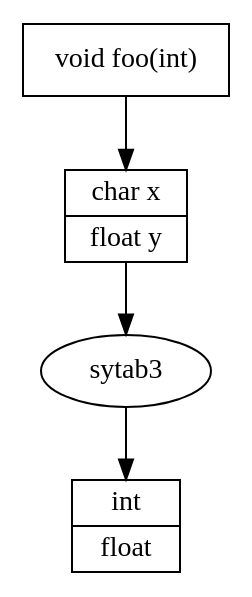
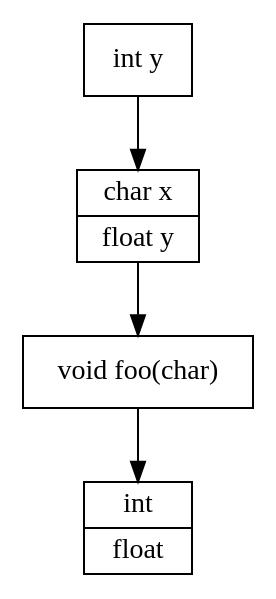
The diagram in Assignments/Assignment 5/andy_siegel/problem_1.gv (andyjsiegel/CSC-453), drawn with Graphviz before and after one commit. The commit also changed 1 other file, not shown here.

```diff
--- a/Assignments/Assignment 5/andy_siegel/problem_1.gv
+++ b/Assignments/Assignment 5/andy_siegel/problem_1.gv
@@ -1,27 +1,27 @@
 /* Compile with 'dot -Tpng graph.gv > graph.png' */
 
 digraph problem1 { 
    standard [
       shape="record"; 
       label="{int | float}";
    ];
 
-   sytab1 [
+   sytab3 [
       shape="record"; 
       label="{int y}"
    ];
 
    sytab2 [
       shape="record";
       label="{char x | float y}"
    ];
 
    sytab1 [
       shape="record"; 
-      label="{void foo(int)}"
+      label="{void foo(char)}"
    ];
 
-   sytab1 -> sytab2
-   sytab2 -> sytab3
-   sytab3 -> standard   
+   sytab3 -> sytab2
+   sytab2 -> sytab1
+   sytab1 -> standard   
 }
```
